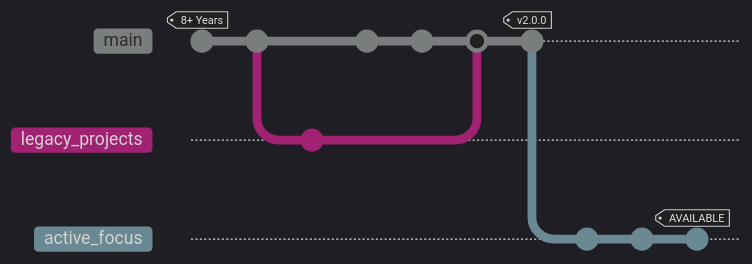
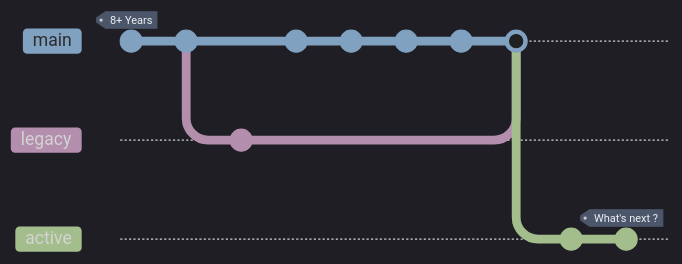
The diagram in README.md (RealAlphaUA/RealAlphaUA), drawn with Mermaid before and after one commit. Commit ids are hidden.

Commit message:
Update mermaid graph configuration in README

````diff
--- a/README.md
+++ b/README.md
@@ -10,19 +10,34 @@
 ```mermaid
-%%{init: { 'theme': 'dark' } }%%
+%%{init: { 
+  'theme': 'dark', 
+  'themeVariables': { 
+    'git0': '#81A1C1', 
+    'git1': '#B48EAD', 
+    'git2': '#A3BE8C', 
+    'commitLabelColor': '#D8DEE9',
+    'commitLabelBackground': 'transparent',
+    'tagLabelBackground': '#4C566A',
+    'tagLabelColor': '#ECEFF4',
+    'tagLabelBorder': '#4C566A'
+  } 
+} }%%
 gitGraph
-    commit id: "Core Engine: Java" tag: "8+ Years"
-    commit id: "Distributed Systems"
-    branch legacy_projects
-    checkout legacy_projects
+    commit id: "JAVA" tag: "8+ Years"
+    commit id: "System Design"
+    
+    branch legacy
+    checkout legacy
     commit id: "MShade & Blog"
+    
     checkout main
-    commit id: "Data: Postgres & NoSQL"
-    commit id: "Messaging: Kafka/RMQ"
-    merge legacy_projects id: "Archiving"
-    commit id: "Infra: Docker & Cloud" tag: "v2.0.0"
-    branch active_focus
-    checkout active_focus
-    commit id: "Kotlin Architecture"
+    commit id: "SQL, NoSQL"
+    commit id: "MQTT"
+    commit id: "Docker"
+    commit id: "Kotlin"
+    merge legacy
+    
+    branch active
+    checkout active
     commit id: "LevelyStudio"
-    commit id: "Freelance" tag: "AVAILABLE"
+    commit tag: "What's next ?"
 ```
````
